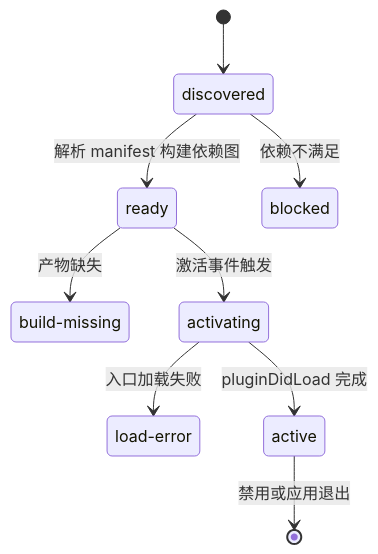
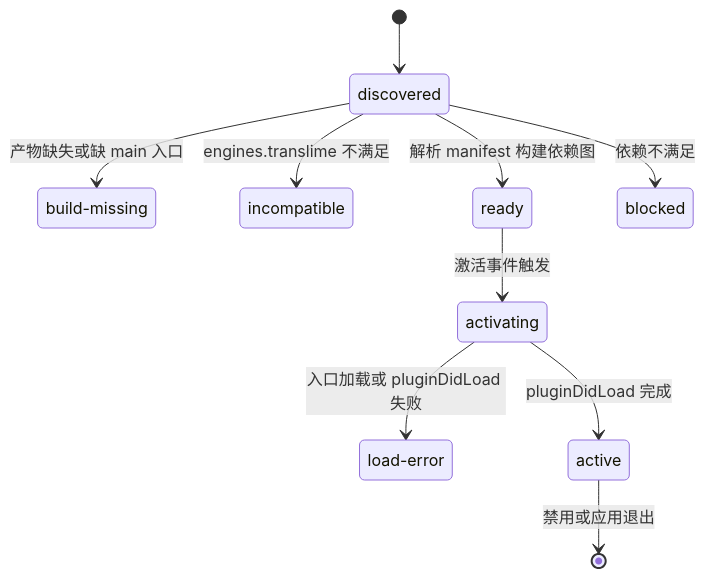
One commit to slime7/translime changed the diagram in docs/ABSTRACTIONS.md. Above: the diagram before and after it, drawn with Mermaid. The commit also changed other lines of this file and 35 other files, not shown here.

````diff
--- a/docs/ABSTRACTIONS.md
+++ b/docs/ABSTRACTIONS.md
@@ -43,13 +52,15 @@
 ```mermaid
 stateDiagram-v2
   state "build-missing" as build_missing
   state "load-error" as load_error
+  state "incompatible" as incompatible
   [*] --> discovered
   discovered --> ready: 解析 manifest 构建依赖图
   discovered --> blocked: 依赖不满足
+  discovered --> incompatible: engines.translime 不满足
+  discovered --> build_missing: 产物缺失或缺 main 入口
   ready --> activating: 激活事件触发
   activating --> active: pluginDidLoad 完成
-  ready --> build_missing: 产物缺失
-  activating --> load_error: 入口加载失败
+  activating --> load_error: 入口加载或 pluginDidLoad 失败
   active --> [*]: 禁用或应用退出
 ```
````
